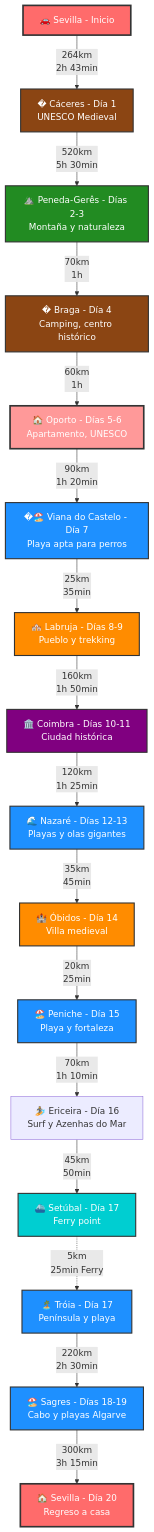
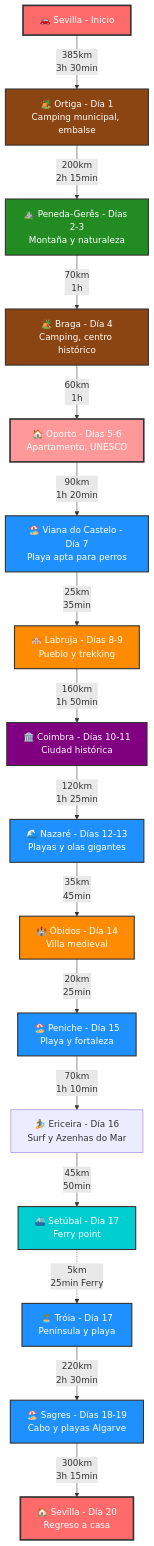
The first of 4 diagrams in trips/Portugal_2025.md (carlosrodlop/carlosrodlop-docs), drawn with Mermaid before and after one commit. The commit also changed other lines of this file, not shown here.

Commit message:
doc: portugal: reemplazar Cáceres por Ortiga.

````diff
--- a/trips/Portugal_2025.md
+++ b/trips/Portugal_2025.md
@@ -35,41 +35,39 @@
 ```mermaid
 flowchart TD
-    A[🚗 Sevilla - Inicio] -->|264km<br/>2h 43min| B[� Cáceres - Día 1<br/>UNESCO Medieval]
-    B -->|520km<br/>5h 30min| C[⛰️ Peneda-Gerês - Días 2-3<br/>Montaña y naturaleza]
-    C -->|70km<br/>1h| D[�️ Braga - Día 4<br/>Camping, centro histórico]
+    A[🚗 Sevilla - Inicio] -->|385km<br/>3h 30min| B[🏕️ Ortiga - Día 1<br/>Camping municipal, embalse]
+    B -->|200km<br/>2h 15min| C[⛰️ Peneda-Gerês - Días 2-3<br/>Montaña y naturaleza]
+    C -->|70km<br/>1h| D[🏕️ Braga - Día 4<br/>Camping, centro histórico]
     D -->|60km<br/>1h| E[🏠 Oporto - Días 5-6<br/>Apartamento, UNESCO]
-    E -->|90km<br/>1h 20min| F[�🏖️ Viana do Castelo - Día 7<br/>Playa apta para perros]
+    E -->|90km<br/>1h 20min| F[🏖️ Viana do Castelo - Día 7<br/>Playa apta para perros]
     F -->|25km<br/>35min| G[🏘️ Labruja - Días 8-9<br/>Pueblo y trekking]
     G -->|160km<br/>1h 50min| H[🏛️ Coimbra - Días 10-11<br/>Ciudad histórica]
     H -->|120km<br/>1h 25min| I[🌊 Nazaré - Días 12-13<br/>Playas y olas gigantes]
     I -->|35km<br/>45min| J[🏰 Óbidos - Día 14<br/>Villa medieval]
     J -->|20km<br/>25min| K[🏖️ Peniche - Día 15<br/>Playa y fortaleza]
     K -->|70km<br/>1h 10min| L[🏄 Ericeira - Día 16<br/>Surf y Azenhas do Mar]
     L -->|45km<br/>50min| M[⛴️ Setúbal - Día 17<br/>Ferry point]
     M -.->|5km<br/>25min Ferry| N[🏝️ Tróia - Día 17<br/>Península y playa]
     N -->|220km<br/>2h 30min| O[🏖️ Sagres - Días 18-19<br/>Cabo y playas Algarve]
     O -->|300km<br/>3h 15min| P[🏠 Sevilla - Día 20<br/>Regreso a casa]
 
     %% Estilos
     classDef inicio fill:#ff6b6b,stroke:#333,stroke-width:3px,color:#fff
-    classDef medieval fill:#8b4513,stroke:#333,stroke-width:2px,color:#fff
     classDef camping fill:#8b4513,stroke:#333,stroke-width:2px,color:#fff
     classDef montaña fill:#228b22,stroke:#333,stroke-width:2px,color:#fff
     classDef playa fill:#1e90ff,stroke:#333,stroke-width:2px,color:#fff
     classDef ciudad fill:#800080,stroke:#333,stroke-width:2px,color:#fff
     classDef pueblo fill:#ff8c00,stroke:#333,stroke-width:2px,color:#fff
     classDef ferry fill:#00ced1,stroke:#333,stroke-width:2px,color:#fff
     classDef apartamento fill:#ff9999,stroke:#333,stroke-width:3px,color:#fff
     classDef final fill:#ff6b6b,stroke:#333,stroke-width:3px,color:#fff
 
     class A inicio
-    class B medieval
+    class B,D camping
     class C montaña
-    class D camping
     class E apartamento
     class F,I,K,N,O playa
     class H ciudad
     class G,J pueblo
     class M ferry
     class P final
 ```
````
